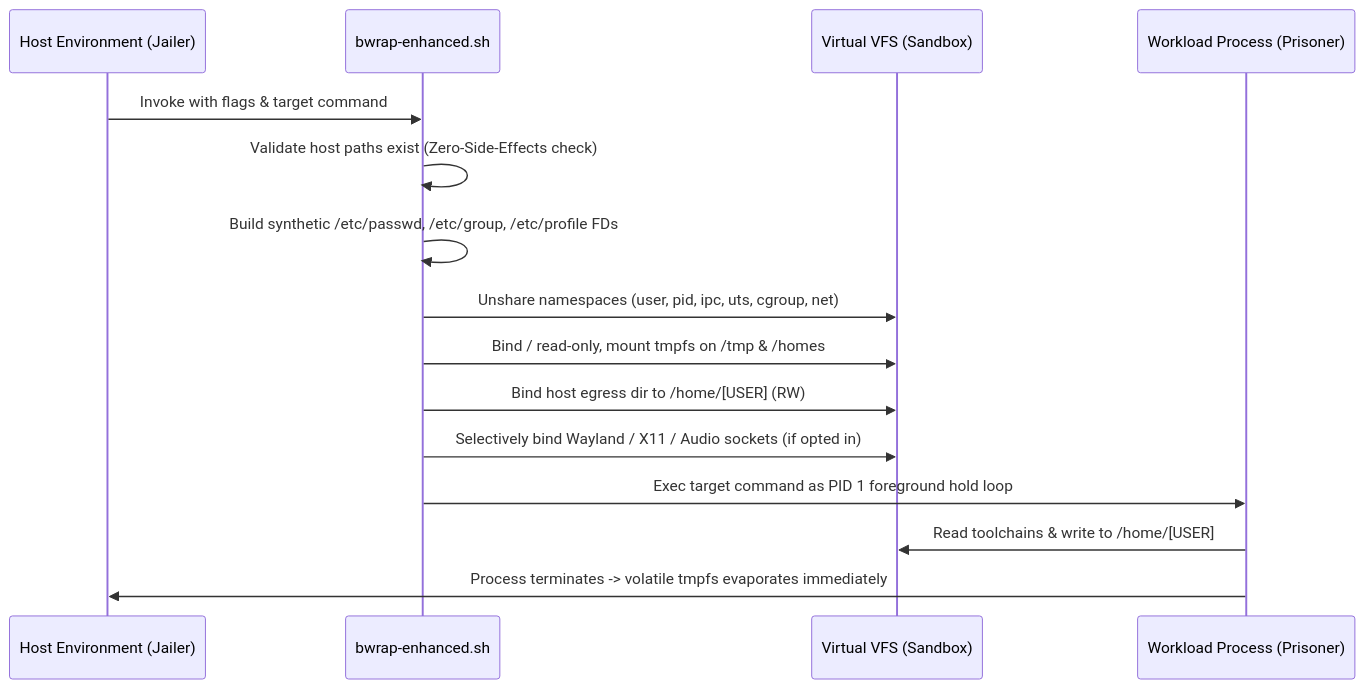
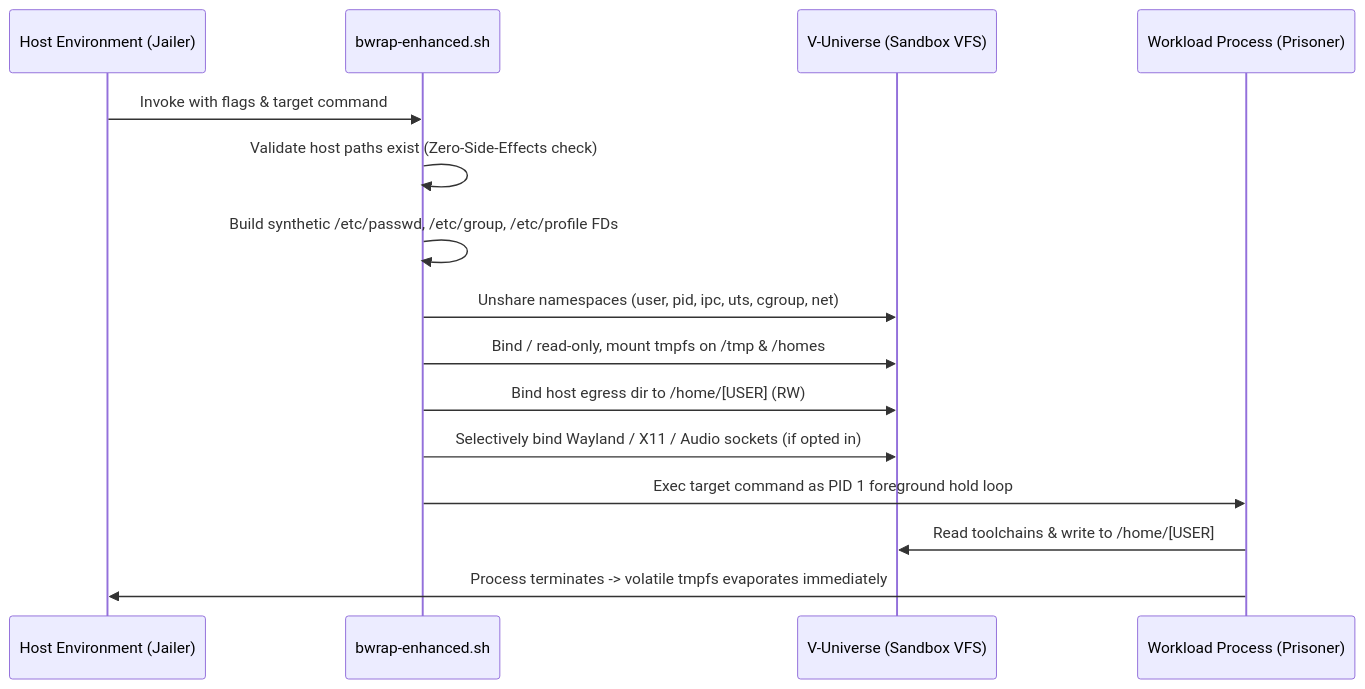
One commit to hanasaki/hanaden-bwrap-enhanced changed the second of 2 diagrams in README.md. Above: the diagram before and after it, drawn with Mermaid. The commit also changed other lines of this file and 2 other files, not shown here.

First line of the commit message:
fix(site,readme): V-Universe branding, SDLC spec version, grid overflow

````diff
--- a/README.md
+++ b/README.md
@@ -72,18 +82,18 @@
 ```mermaid
 sequenceDiagram
     participant Host as Host Environment (Jailer)
-    participant Bwrap as bwrap-enhanced.sh
-    participant VFS as Virtual VFS (Sandbox)
+    participant Engine as bwrap-enhanced.sh
+    participant VFS as V-Universe (Sandbox VFS)
     participant Proc as Workload Process (Prisoner)
 
-    Host->>Bwrap: Invoke with flags & target command
-    Bwrap->>Bwrap: Validate host paths exist (Zero-Side-Effects check)
-    Bwrap->>Bwrap: Build synthetic /etc/passwd, /etc/group, /etc/profile FDs
-    Bwrap->>VFS: Unshare namespaces (user, pid, ipc, uts, cgroup, net)
-    Bwrap->>VFS: Bind / read-only, mount tmpfs on /tmp & /homes
-    Bwrap->>VFS: Bind host egress dir to /home/[USER] (RW)
-    Bwrap->>VFS: Selectively bind Wayland / X11 / Audio sockets (if opted in)
-    Bwrap->>Proc: Exec target command as PID 1 foreground hold loop
+    Host->>Engine: Invoke with flags & target command
+    Engine->>Engine: Validate host paths exist (Zero-Side-Effects check)
+    Engine->>Engine: Build synthetic /etc/passwd, /etc/group, /etc/profile FDs
+    Engine->>VFS: Unshare namespaces (user, pid, ipc, uts, cgroup, net)
+    Engine->>VFS: Bind / read-only, mount tmpfs on /tmp & /homes
+    Engine->>VFS: Bind host egress dir to /home/[USER] (RW)
+    Engine->>VFS: Selectively bind Wayland / X11 / Audio sockets (if opted in)
+    Engine->>Proc: Exec target command as PID 1 foreground hold loop
     Proc->>VFS: Read toolchains & write to /home/[USER]
     Proc->>Host: Process terminates -> volatile tmpfs evaporates immediately
 ```
````
